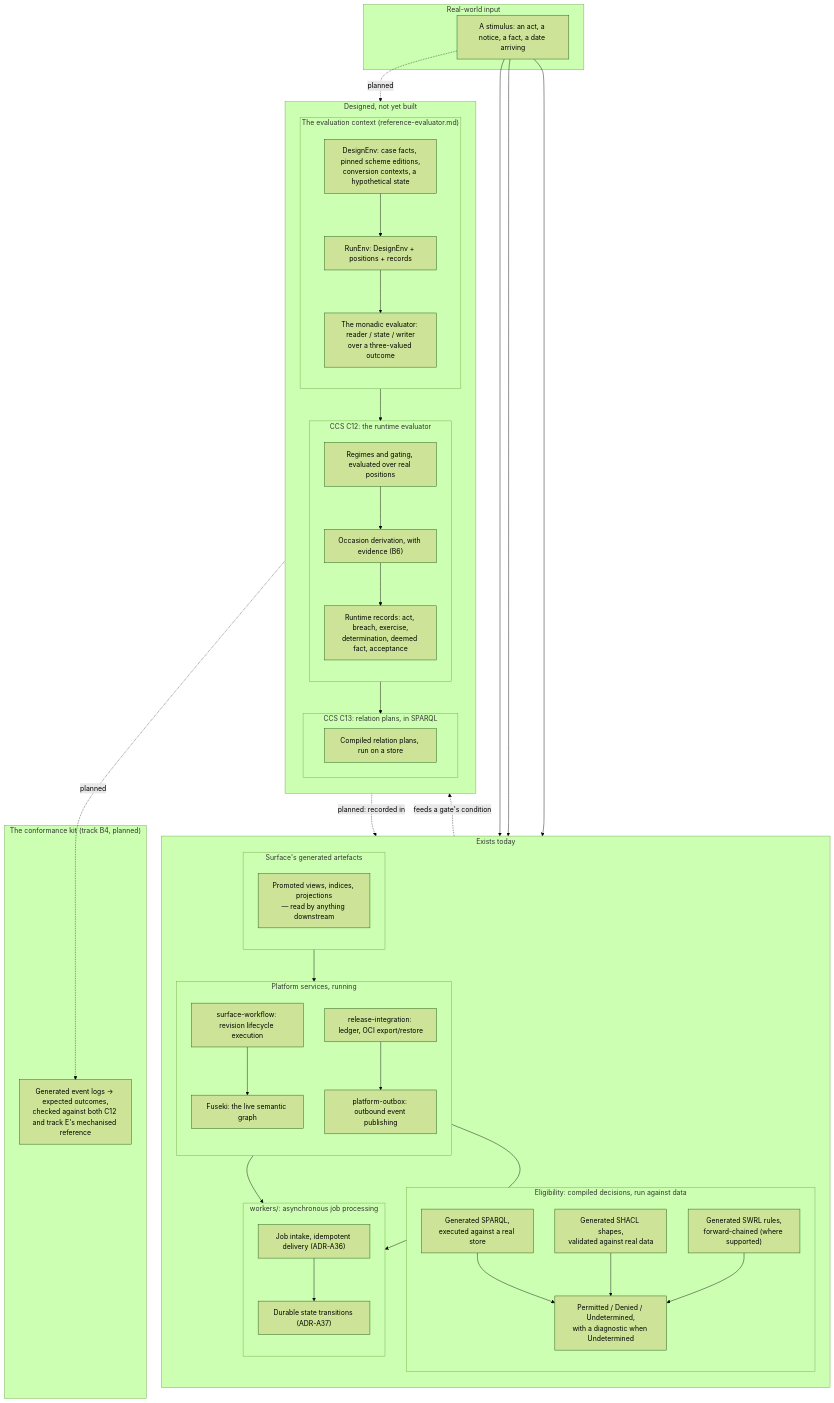
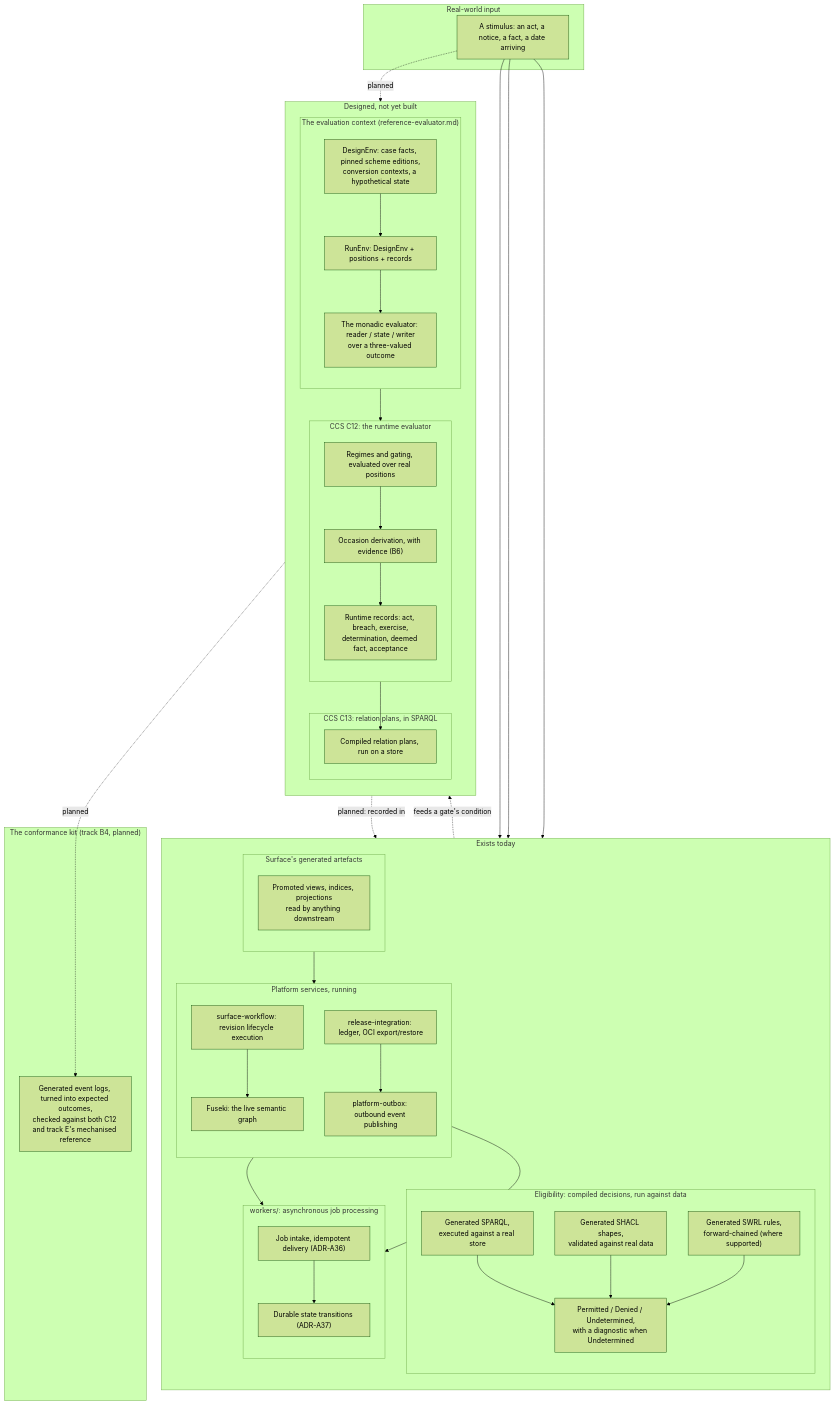
The diagram in docs/diagrams/04-runtime-capabilities.md (nebularis/lattice), drawn with Mermaid (forest theme) before and after one commit. The commit also changed 4 other files, not shown here.

First line of the commit message:
[docs] Strip special characters from mermaid diagrams; fix subgraph-edge errors

````diff
--- a/docs/diagrams/04-runtime-capabilities.md
+++ b/docs/diagrams/04-runtime-capabilities.md
@@ -30,7 +30,7 @@
 
         subgraph SURFACEGEN["Surface's generated artefacts"]
             direction TB
-            PROMOTED["Promoted views, indices, projections<br/>— read by anything downstream"]
+            PROMOTED["Promoted views, indices, projections<br/>read by anything downstream"]
         end
 
         subgraph WORKERRT["workers/: asynchronous job processing"]
@@ -54,7 +54,7 @@
         SWFRT --> FUSRT
         SWFRT --> JOB
         RELRT --> OBXRT --> JOB
-        SURFACEGEN --> FUSRT
+        PROMOTED --> FUSRT
     end
 
     subgraph PLANNED["Designed, not yet built"]
@@ -80,8 +80,8 @@
             PLANS["Compiled relation plans, run on a store"]
         end
 
-        MONAD --> C12
-        C12 --> C13
+        MONAD --> REGIMES
+        RECORDS --> PLANS
     end
 
     STIM -.->|planned| REGIMES
@@ -89,8 +89,8 @@
     RECORDS -.->|planned: recorded in| FUSRT
 
     subgraph KIT["The conformance kit (track B4, planned)"]
-        KITDATA["Generated event logs → expected outcomes,<br/>checked against both C12 and track E's mechanised reference"]
+        KITDATA["Generated event logs, turned into expected outcomes,<br/>checked against both C12 and track E's mechanised reference"]
     end
 
-    C12 -.->|planned| KITDATA
+    RECORDS -.->|planned| KITDATA
 ```
````
